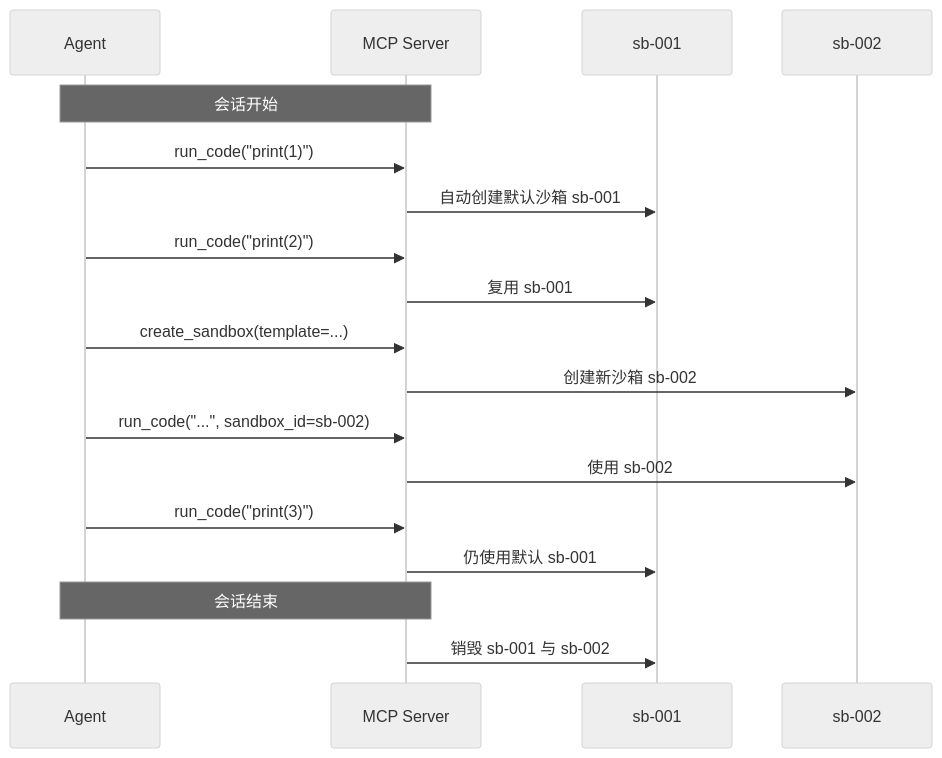
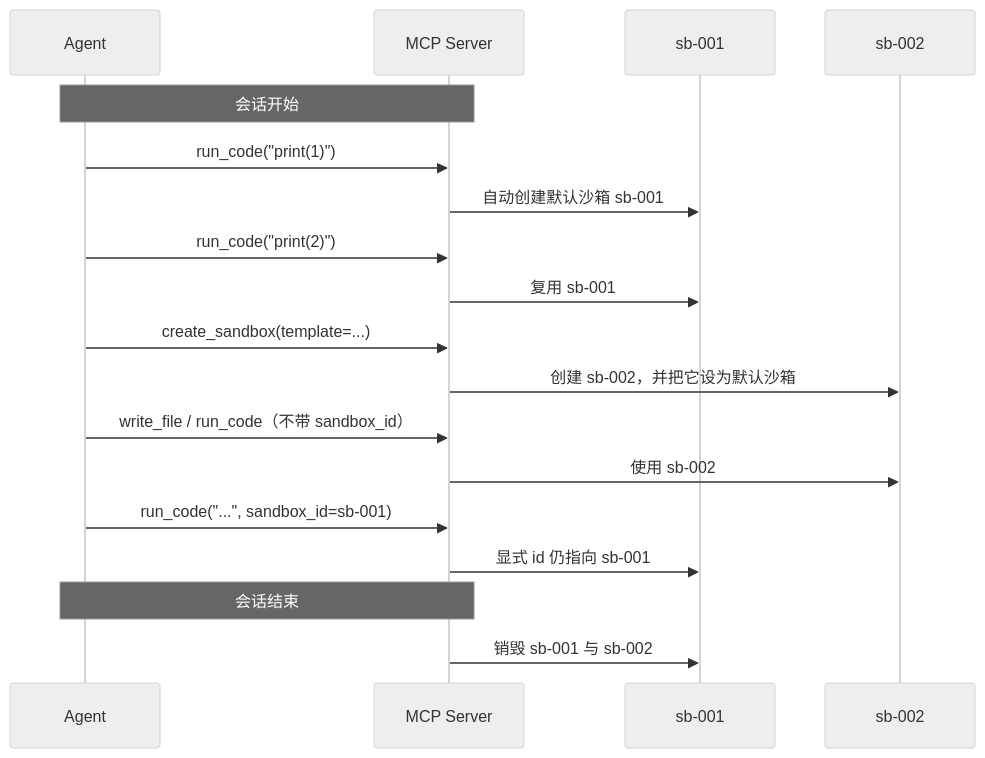
One commit to Easy-Sandbox/easy-sandbox changed the second of 6 diagrams in docs/zh/design/mcp-server.md. Above: the diagram before and after it, drawn with Mermaid (neutral theme). The commit also changed other lines of this file and 176 other files, not shown here.

````diff
--- a/docs/zh/design/mcp-server.md
+++ b/docs/zh/design/mcp-server.md
@@ -225,21 +226,21 @@
 ```mermaid
 sequenceDiagram
     participant Agent
     participant MCP as MCP Server
     participant SB1 as sb-001
     participant SB2 as sb-002
 
     Note over Agent,MCP: 会话开始
     Agent->>MCP: run_code("print(1)")
     MCP->>SB1: 自动创建默认沙箱 sb-001
     Agent->>MCP: run_code("print(2)")
     MCP->>SB1: 复用 sb-001
     Agent->>MCP: create_sandbox(template=...)
-    MCP->>SB2: 创建新沙箱 sb-002
-    Agent->>MCP: run_code("...", sandbox_id=sb-002)
+    MCP->>SB2: 创建 sb-002，并把它设为默认沙箱
+    Agent->>MCP: write_file / run_code（不带 sandbox_id）
     MCP->>SB2: 使用 sb-002
-    Agent->>MCP: run_code("print(3)")
-    MCP->>SB1: 仍使用默认 sb-001
+    Agent->>MCP: run_code("...", sandbox_id=sb-001)
+    MCP->>SB1: 显式 id 仍指向 sb-001
     Note over Agent,MCP: 会话结束
     MCP->>SB1: 销毁 sb-001 与 sb-002
 ```
````
